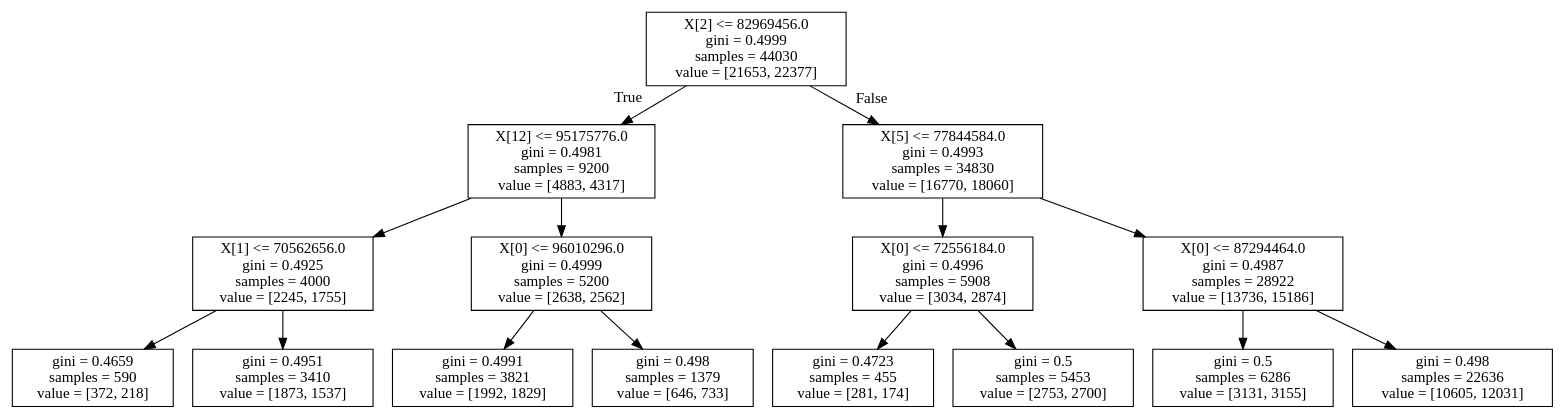
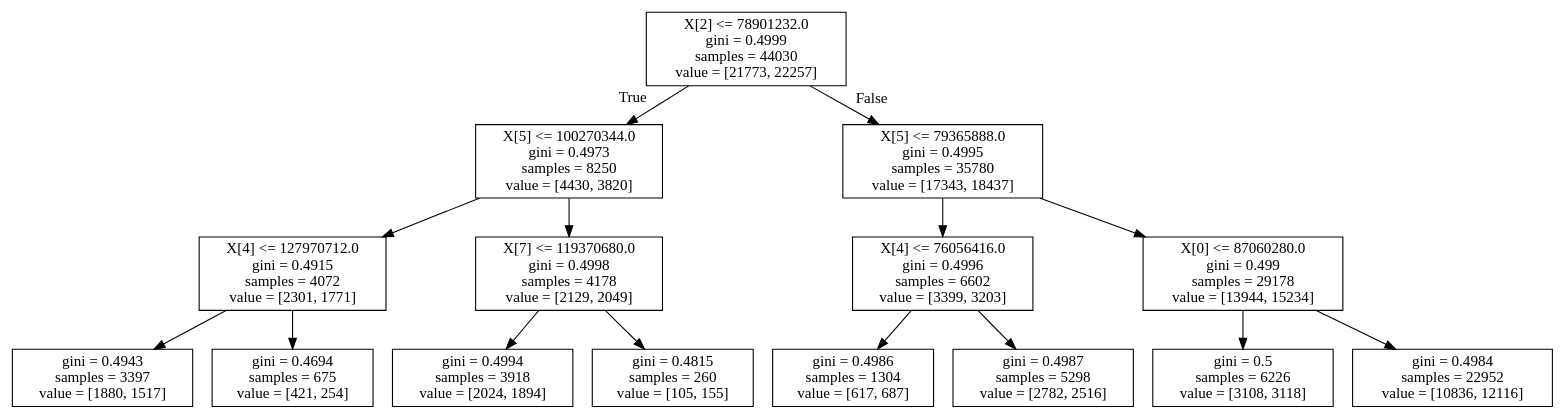
One commit to maupardh/Numerai changed the diagram in ClassificationTrees/singleClassifTreeWithDepth3.dot. Above: the diagram before and after it, drawn with Graphviz. The commit also changed 30 other files, not shown here.

```diff
--- a/ClassificationTrees/singleClassifTreeWithDepth3.dot
+++ b/ClassificationTrees/singleClassifTreeWithDepth3.dot
@@ -1,32 +1,32 @@
 digraph Tree {
 node [shape=box] ;
-0 [label="X[2] <= 82969456.0\ngini = 0.4999\nsamples = 44030\nvalue = [21653, 22377]"] ;
-1 [label="X[12] <= 95175776.0\ngini = 0.4981\nsamples = 9200\nvalue = [4883, 4317]"] ;
+0 [label="X[2] <= 78901232.0\ngini = 0.4999\nsamples = 44030\nvalue = [21773, 22257]"] ;
+1 [label="X[5] <= 100270344.0\ngini = 0.4973\nsamples = 8250\nvalue = [4430, 3820]"] ;
 0 -> 1 [labeldistance=2.5, labelangle=45, headlabel="True"] ;
-2 [label="X[1] <= 70562656.0\ngini = 0.4925\nsamples = 4000\nvalue = [2245, 1755]"] ;
+2 [label="X[4] <= 127970712.0\ngini = 0.4915\nsamples = 4072\nvalue = [2301, 1771]"] ;
 1 -> 2 ;
-3 [label="gini = 0.4659\nsamples = 590\nvalue = [372, 218]"] ;
+3 [label="gini = 0.4943\nsamples = 3397\nvalue = [1880, 1517]"] ;
 2 -> 3 ;
-4 [label="gini = 0.4951\nsamples = 3410\nvalue = [1873, 1537]"] ;
+4 [label="gini = 0.4694\nsamples = 675\nvalue = [421, 254]"] ;
 2 -> 4 ;
-5 [label="X[0] <= 96010296.0\ngini = 0.4999\nsamples = 5200\nvalue = [2638, 2562]"] ;
+5 [label="X[7] <= 119370680.0\ngini = 0.4998\nsamples = 4178\nvalue = [2129, 2049]"] ;
 1 -> 5 ;
-6 [label="gini = 0.4991\nsamples = 3821\nvalue = [1992, 1829]"] ;
+6 [label="gini = 0.4994\nsamples = 3918\nvalue = [2024, 1894]"] ;
 5 -> 6 ;
-7 [label="gini = 0.498\nsamples = 1379\nvalue = [646, 733]"] ;
+7 [label="gini = 0.4815\nsamples = 260\nvalue = [105, 155]"] ;
 5 -> 7 ;
-8 [label="X[5] <= 77844584.0\ngini = 0.4993\nsamples = 34830\nvalue = [16770, 18060]"] ;
+8 [label="X[5] <= 79365888.0\ngini = 0.4995\nsamples = 35780\nvalue = [17343, 18437]"] ;
 0 -> 8 [labeldistance=2.5, labelangle=-45, headlabel="False"] ;
-9 [label="X[0] <= 72556184.0\ngini = 0.4996\nsamples = 5908\nvalue = [3034, 2874]"] ;
+9 [label="X[4] <= 76056416.0\ngini = 0.4996\nsamples = 6602\nvalue = [3399, 3203]"] ;
 8 -> 9 ;
-10 [label="gini = 0.4723\nsamples = 455\nvalue = [281, 174]"] ;
+10 [label="gini = 0.4986\nsamples = 1304\nvalue = [617, 687]"] ;
 9 -> 10 ;
-11 [label="gini = 0.5\nsamples = 5453\nvalue = [2753, 2700]"] ;
+11 [label="gini = 0.4987\nsamples = 5298\nvalue = [2782, 2516]"] ;
 9 -> 11 ;
-12 [label="X[0] <= 87294464.0\ngini = 0.4987\nsamples = 28922\nvalue = [13736, 15186]"] ;
+12 [label="X[0] <= 87060280.0\ngini = 0.499\nsamples = 29178\nvalue = [13944, 15234]"] ;
 8 -> 12 ;
-13 [label="gini = 0.5\nsamples = 6286\nvalue = [3131, 3155]"] ;
+13 [label="gini = 0.5\nsamples = 6226\nvalue = [3108, 3118]"] ;
 12 -> 13 ;
-14 [label="gini = 0.498\nsamples = 22636\nvalue = [10605, 12031]"] ;
+14 [label="gini = 0.4984\nsamples = 22952\nvalue = [10836, 12116]"] ;
 12 -> 14 ;
 }
```
